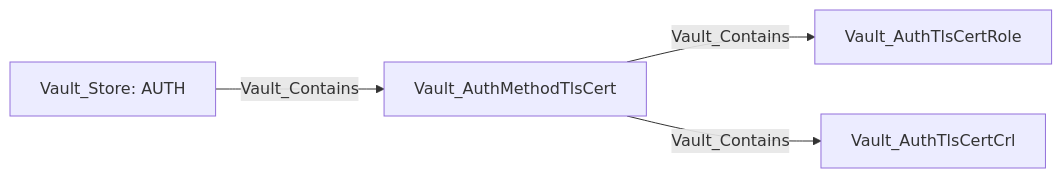
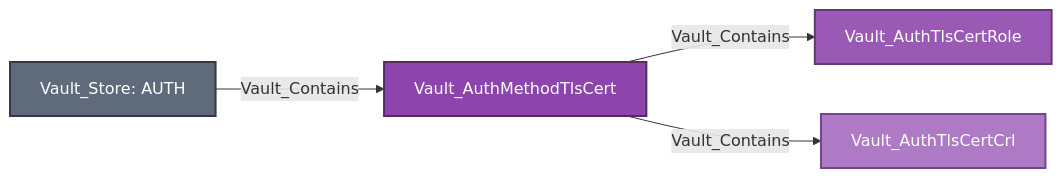
Diagram 23 of 28 in Documentation/stores/AUTH.md (bytewreck/opengraph-vault), drawn with Mermaid before and after one commit. The commit also changed other lines of this file and 4 other files, not shown here.

````diff
--- a/Documentation/stores/AUTH.md
+++ b/Documentation/stores/AUTH.md
@@ -1406,6 +1433,11 @@
 ```mermaid
 flowchart LR
-    store[Vault_Store: AUTH] -->|Vault_Contains| method[Vault_AuthMethodTlsCert]
-    method -->|Vault_Contains| role[Vault_AuthTlsCertRole]
-    method -->|Vault_Contains| crl[Vault_AuthTlsCertCrl]
+    store[Vault_Store: AUTH]:::storeNode -->|Vault_Contains| method[Vault_AuthMethodTlsCert]:::authMethodNode
+    method -->|Vault_Contains| role[Vault_AuthTlsCertRole]:::authRoleNode
+    method -->|Vault_Contains| crl[Vault_AuthTlsCertCrl]:::authObjectNode
+
+    classDef storeNode fill:#5F6B7A,color:#fff,stroke:#343A40,stroke-width:2px
+    classDef authMethodNode fill:#8E44AD,color:#fff,stroke:#512E5F,stroke-width:2px
+    classDef authRoleNode fill:#9B59B6,color:#fff,stroke:#633974,stroke-width:2px
+    classDef authObjectNode fill:#AF7AC5,color:#fff,stroke:#76448A,stroke-width:2px
 ```
````
